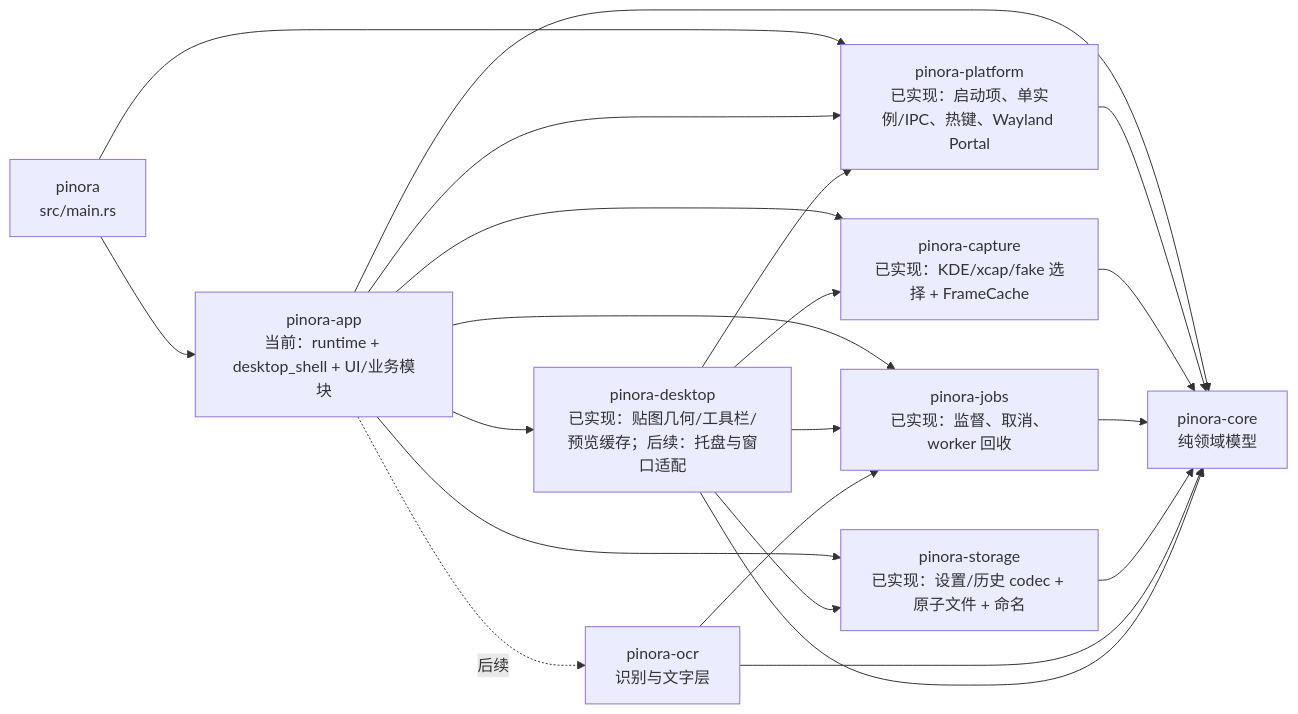
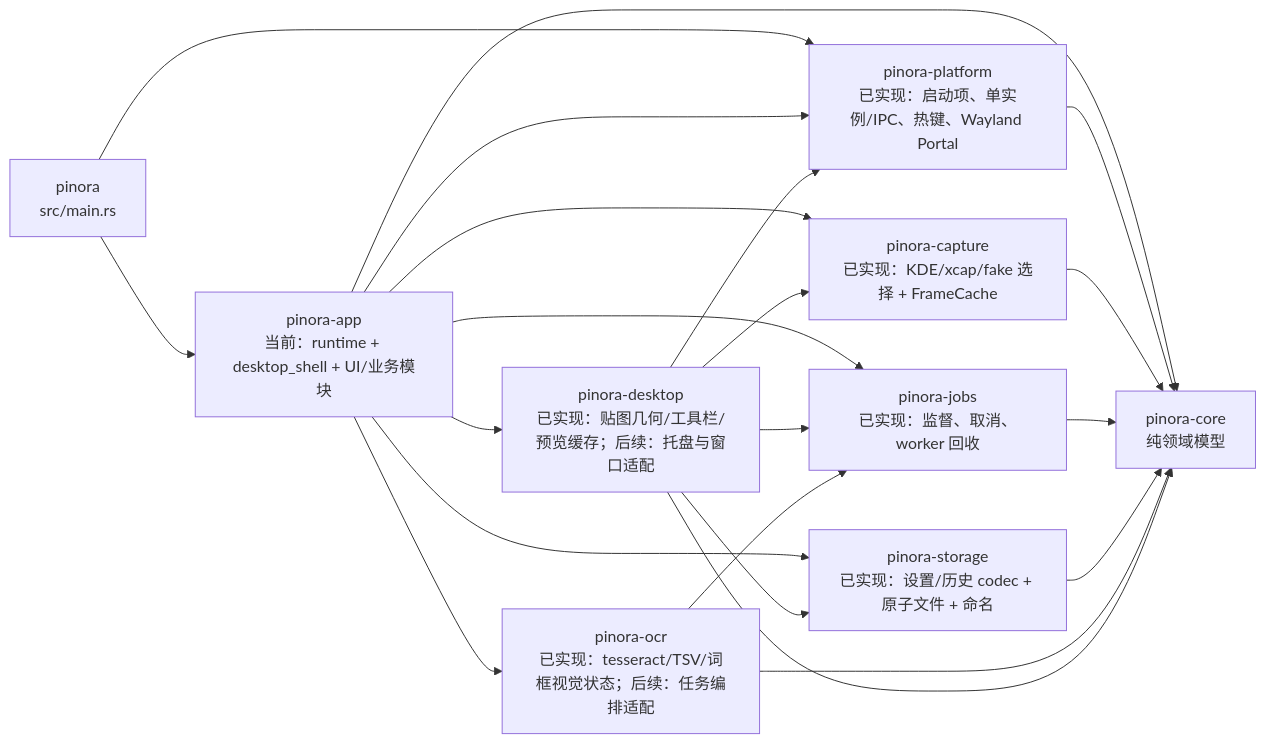
The third of 23 diagrams in docs/Pinora-开发设计文档.md (yhyzgn/pinora), drawn with Mermaid before and after one commit. The commit also changed other lines of this file and 16 other files, not shown here.

````diff
--- a/docs/Pinora-开发设计文档.md
+++ b/docs/Pinora-开发设计文档.md
@@ -236,24 +236,24 @@
 ```mermaid
 flowchart LR
     Main["pinora\nsrc/main.rs"] --> App["pinora-app\n当前：runtime + desktop_shell + UI/业务模块"]
     Main --> Platform["pinora-platform\n已实现：启动项、单实例/IPC、热键、Wayland Portal"]
     App --> Platform
     App --> Core["pinora-core\n纯领域模型"]
     Platform --> Core
 
     App --> CaptureNow["pinora-capture\n已实现：KDE/xcap/fake 选择 + FrameCache"]
     CaptureNow --> Core
     App --> JobsNow["pinora-jobs\n已实现：监督、取消、worker 回收"]
     JobsNow --> Core
     App --> StorageNow["pinora-storage\n已实现：设置/历史 codec + 原子文件 + 命名"]
     StorageNow --> Core
     App --> Desktop["pinora-desktop\n已实现：贴图几何/工具栏/预览缓存；后续：托盘与窗口适配"]
-    App -. 后续 .-> Ocr["pinora-ocr\n识别与文字层"]
+    App --> Ocr["pinora-ocr\n已实现：tesseract/TSV/词框视觉状态；后续：任务编排适配"]
     Ocr --> Core
     Desktop --> Core
     Desktop --> Platform
     Desktop --> CaptureNow
     Desktop --> JobsNow
     Desktop --> StorageNow
     Ocr --> JobsNow
 ```
````
